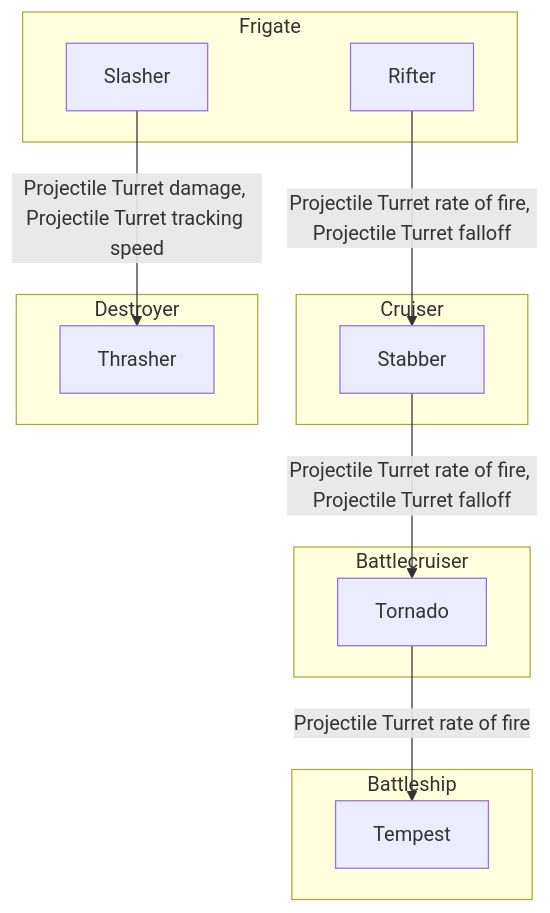
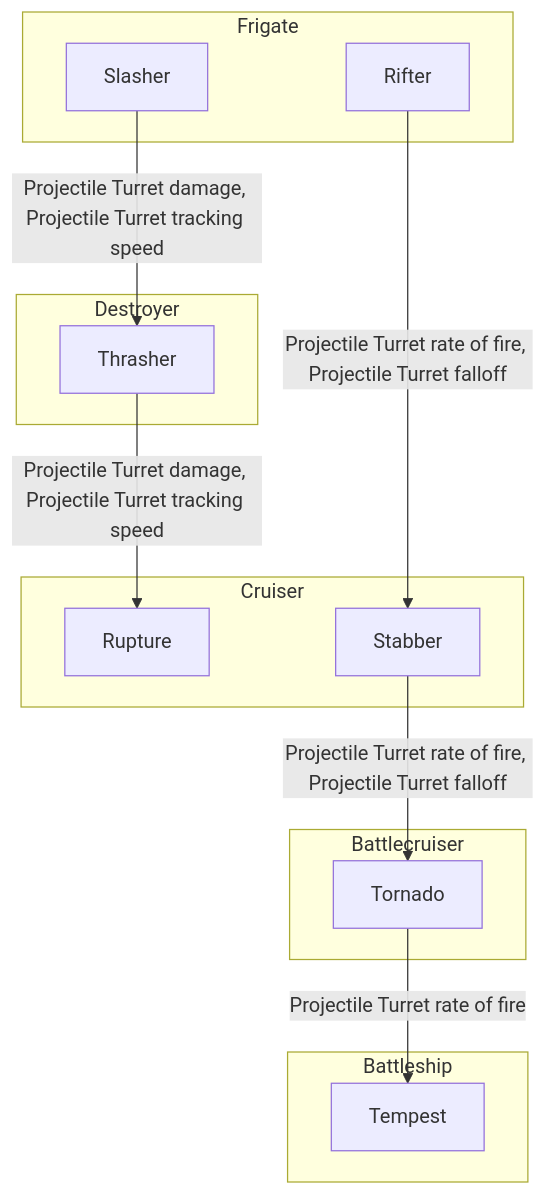
Before and after one commit to Skybladev2/EveShipsProgression: the diagram in README.md, drawn with Mermaid.

Commit message:
Add Rupture

````diff
--- a/README.md
+++ b/README.md
@@ -3,27 +3,29 @@
 ```mermaid
 flowchart
 	
 	
 	
 	subgraph s1["Frigate"]
 		n5["Slasher"]
 		n1["Rifter"]
 	end
 	n1
 	subgraph s2["Cruiser"]
+		n7["Rupture"]
 		n2["Stabber"]
 	end
 	n1 -->|"Projectile Turret rate of fire, Projectile Turret falloff"| n2
 	subgraph s3["Battlecruiser"]
 		n3["Tornado"]
 	end
 	n2 -->|"Projectile Turret rate of fire, Projectile Turret falloff"| n3
 	subgraph s4["Battleship"]
 		n4["Tempest"]
 	end
 	n3 -->|"Projectile Turret rate of fire"| n4
 	subgraph s5["Destroyer"]
 		n6["Thrasher"]
 	end
 	n5 -->|"Projectile Turret damage, Projectile Turret tracking speed"| n6
+	n6 -->|"Projectile Turret damage, Projectile Turret tracking speed"| n7
 ```
````
